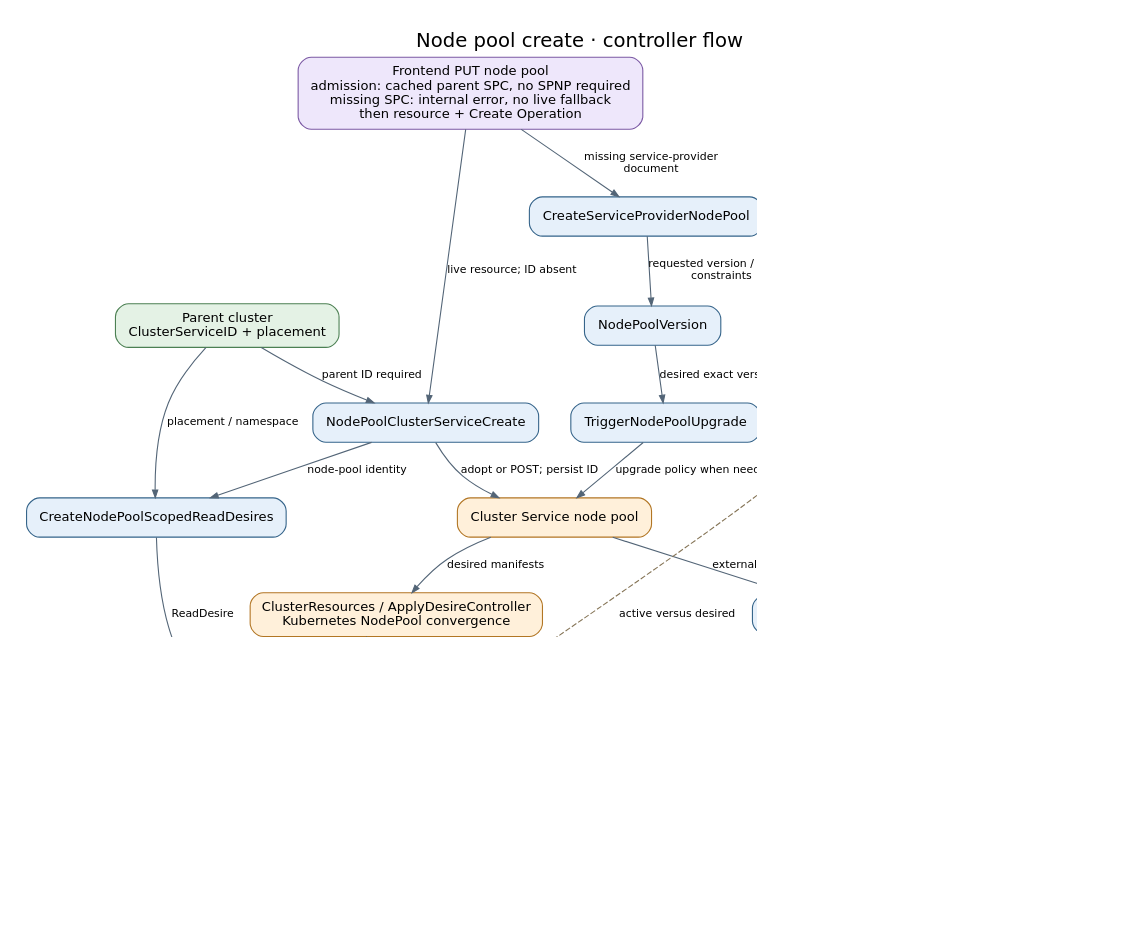
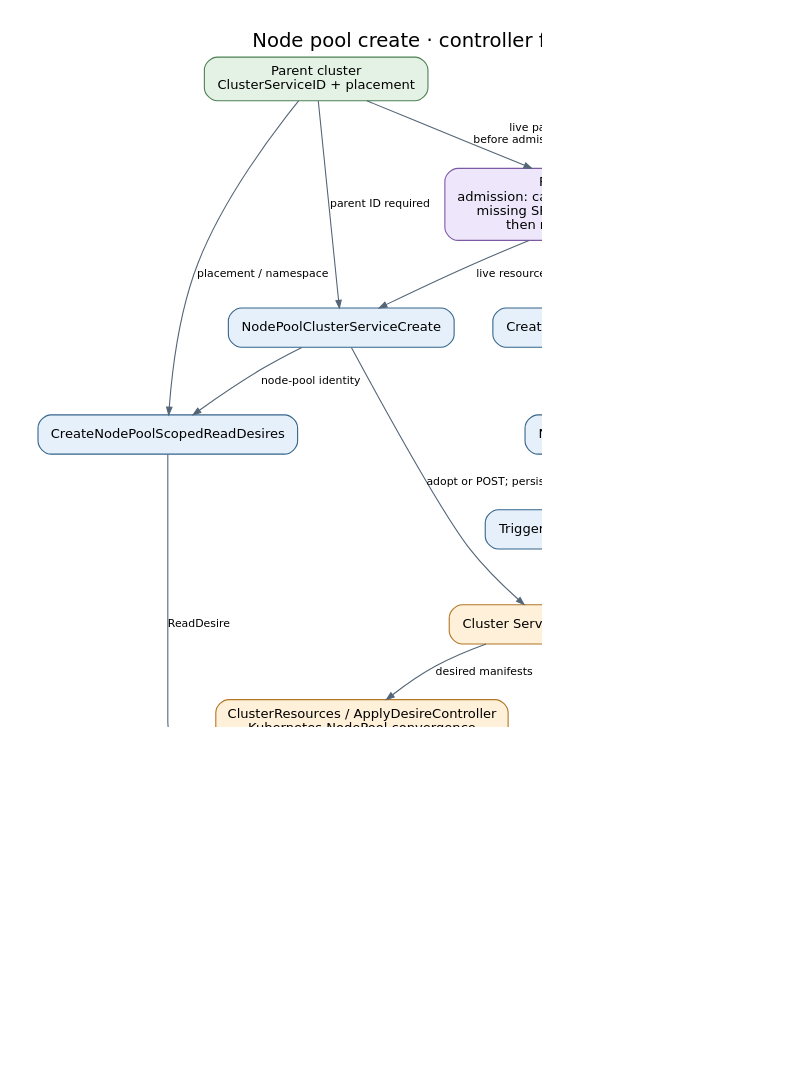
One commit to Azure/ARO-HCP changed the diagram in docs/generated/diagrams/controller-flows/nodepool-create.dot. Above: the diagram before and after it, drawn with Graphviz. The commit also changed 18 other files, not shown here.

Commit message:
docs: sync generated service-provider control flows

```diff
--- a/docs/generated/diagrams/controller-flows/nodepool-create.dot
+++ b/docs/generated/diagrams/controller-flows/nodepool-create.dot
@@ -1,37 +1,39 @@
 digraph nodepool_create {
   graph [rankdir=TB, bgcolor="white", pad="0.3", nodesep="0.4", ranksep="0.55", fontname="DejaVu Sans", fontsize=18, labelloc=t, label="Node pool create · controller flow", dpi=110];
   node [shape=box, style="rounded,filled", fillcolor="#e6f0fa", color="#35648a", fontname="DejaVu Sans", fontsize=12, margin="0.16,0.10"];
   edge [color="#536577", fontname="DejaVu Sans", fontsize=10, arrowsize=0.7];
   api [label="Frontend PUT node pool\nadmission: cached parent SPC, no SPNP required\nmissing SPC: internal error, no live fallback\nthen resource + Create Operation", fillcolor="#eee7fb", color="#7b59a4"];
   parent [label="Parent cluster\nClusterServiceID + placement", fillcolor="#e4f2e5", color="#4c8053"];
   create [label="NodePoolClusterServiceCreate", fillcolor="#e6f0fa", color="#35648a"];
   sp [label="CreateServiceProviderNodePool", fillcolor="#e6f0fa", color="#35648a"];
   version [label="NodePoolVersion", fillcolor="#e6f0fa", color="#35648a"];
   upgrade [label="TriggerNodePoolUpgrade", fillcolor="#e6f0fa", color="#35648a"];
   cs [label="Cluster Service node pool", fillcolor="#fff0da", color="#b27624"];
   resources [label="ClusterResources / ApplyDesireController\nKubernetes NodePool convergence", fillcolor="#fff0da", color="#b27624"];
   read [label="CreateNodePoolScopedReadDesires", fillcolor="#e6f0fa", color="#35648a"];
   mirror [label="ReadDesireKubernetesController", fillcolor="#e6f0fa", color="#35648a"];
   active [label="NodePoolActiveVersions", fillcolor="#e6f0fa", color="#35648a"];
-  op [label="OperationNodePoolCreate", fillcolor="#e6f0fa", color="#35648a"];
+  op [label="OperationNodePoolCreate\nmatching operation; nondeleting + CS ID\nno direct installed-version gate", fillcolor="#e6f0fa", color="#35648a"];
   done [label="ARM operation terminal state", fillcolor="#e4f2e5", color="#4c8053"];
   api -> create [label="live resource; ID absent"];
+  parent -> api [label="live parent CS ID required\nbefore admission / Cosmos transaction"];
   parent -> create [label="parent ID required"];
   api -> sp [label="missing service-provider\ndocument"];
   sp -> version [label="requested version / cluster\nconstraints"];
   version -> upgrade [label="desired exact version"];
   create -> cs [label="adopt or POST; persist ID"];
   upgrade -> cs [label="upgrade policy when needed"];
   cs -> resources [label="desired manifests"];
   parent -> read [label="placement / namespace"];
   create -> read [label="node-pool identity"];
   resources -> mirror [label="observed NodePool"];
   read -> mirror [label="ReadDesire"];
   mirror -> active [label="observed version"];
   cs -> op [label="external state"];
+  mirror -> op [label="label / taint subsets + scaling spec\nreplicas + health (skip health at fixed zero)"];
   op -> done [label="complete or fail;\npending past deadline: selected code + reasons;\nonly InternalServerError becomes DeadlineExceeded"];
   observed [label="Customer resource Status.ActiveVersions\nfull OCP versions", fillcolor="#e4f2e5", color="#4c8053"];
   active -> observed [label="separate Cosmos replace"];
   active -> upgrade [label="active versus desired", style=dashed, color="#857456", constraint=false];
   op -> op [label="pending: poll again", style=dashed, color="#857456", constraint=false];
 }
```
